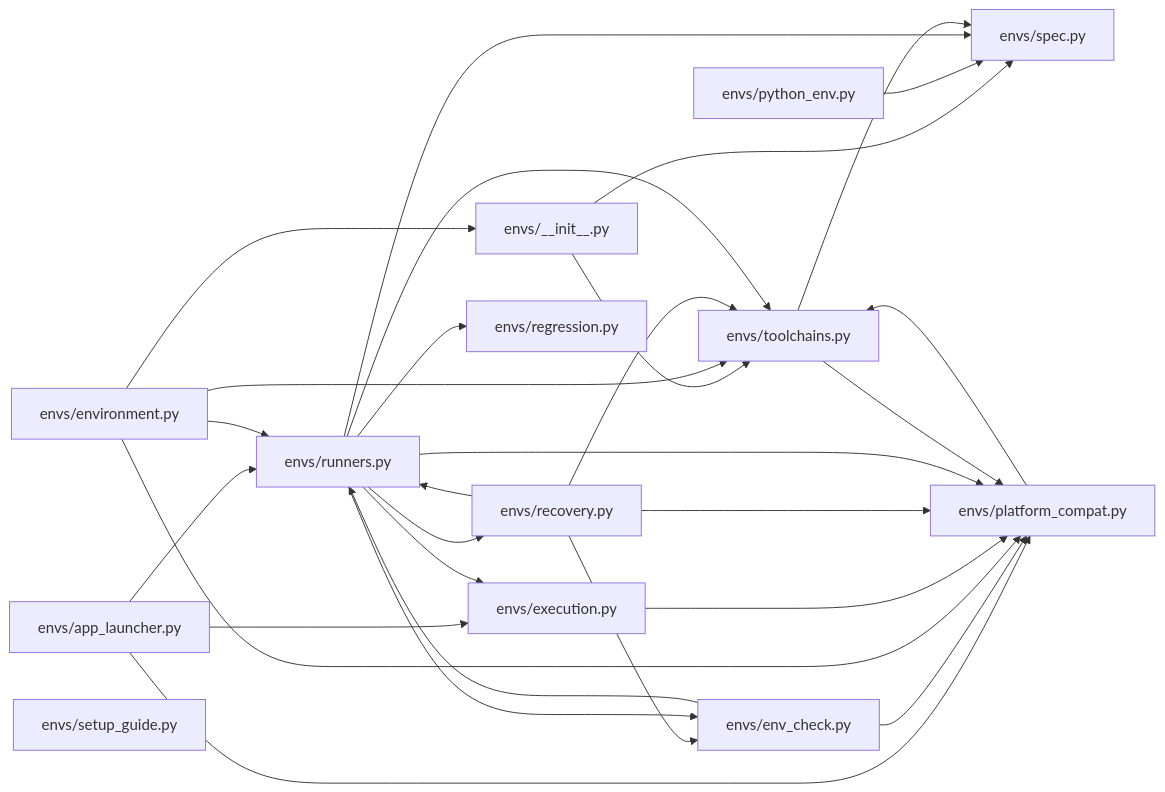
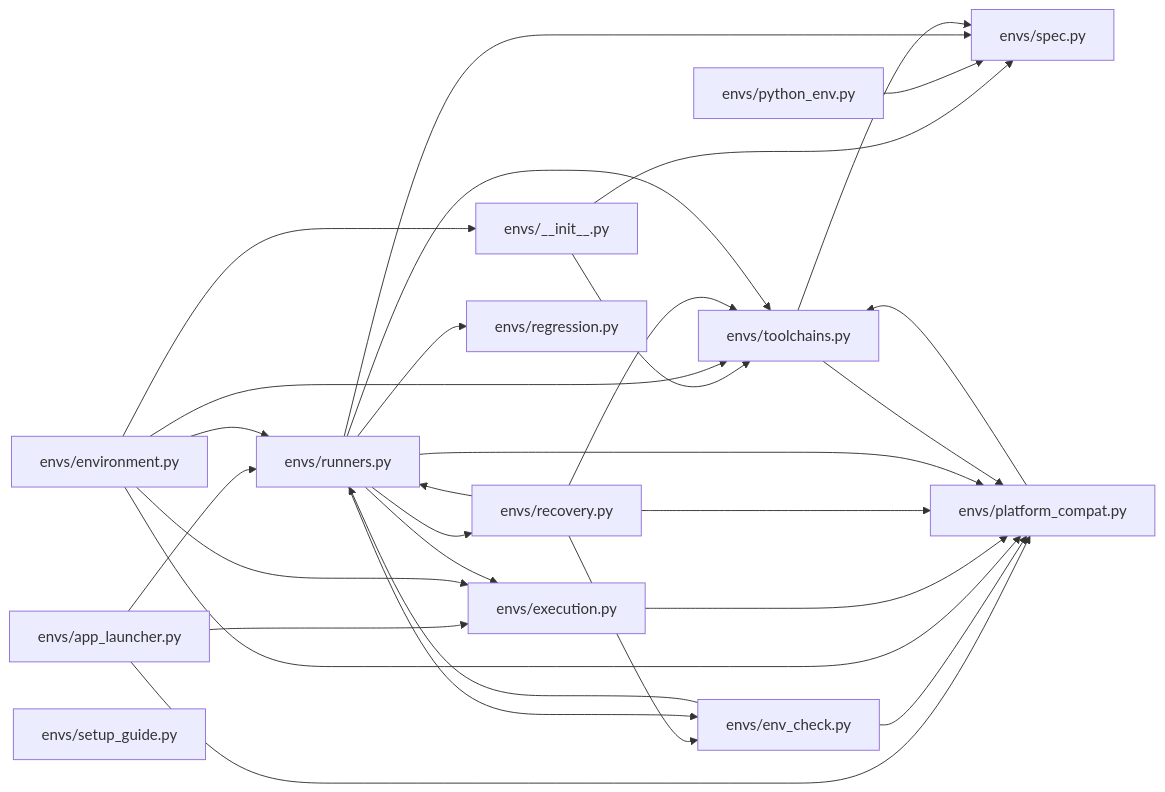
Before and after one commit to sarveshtalele/maf-harness-testing: the fifth of 21 diagrams in docs/ARCHITECTURE_MAP.md, drawn with Mermaid. The commit also changed other lines of this file, not shown here.

Commit message:
docs: regenerate architecture map for the hook, settings and runtime changes

````diff
--- a/docs/ARCHITECTURE_MAP.md
+++ b/docs/ARCHITECTURE_MAP.md
@@ -206,43 +206,44 @@
 ```mermaid
 flowchart LR
   f0["envs/__init__.py"]
   f1["envs/app_launcher.py"]
   f2["envs/env_check.py"]
   f3["envs/environment.py"]
   f4["envs/execution.py"]
   f5["envs/platform_compat.py"]
   f6["envs/python_env.py"]
   f7["envs/recovery.py"]
   f8["envs/regression.py"]
   f9["envs/runners.py"]
   f10["envs/setup_guide.py"]
   f11["envs/spec.py"]
   f12["envs/toolchains.py"]
   f0 --> f11
   f0 --> f12
   f1 --> f4
   f1 --> f5
   f1 --> f9
   f2 --> f5
   f2 --> f9
   f3 --> f0
+  f3 --> f4
   f3 --> f5
   f3 --> f9
   f3 --> f12
   f4 --> f5
   f5 --> f12
   f6 --> f11
   f7 --> f2
   f7 --> f5
   f7 --> f9
   f7 --> f12
   f9 --> f2
   f9 --> f4
   f9 --> f5
   f9 --> f7
   f9 --> f8
   f9 --> f11
   f9 --> f12
   f12 --> f5
   f12 --> f11
 ```
````
